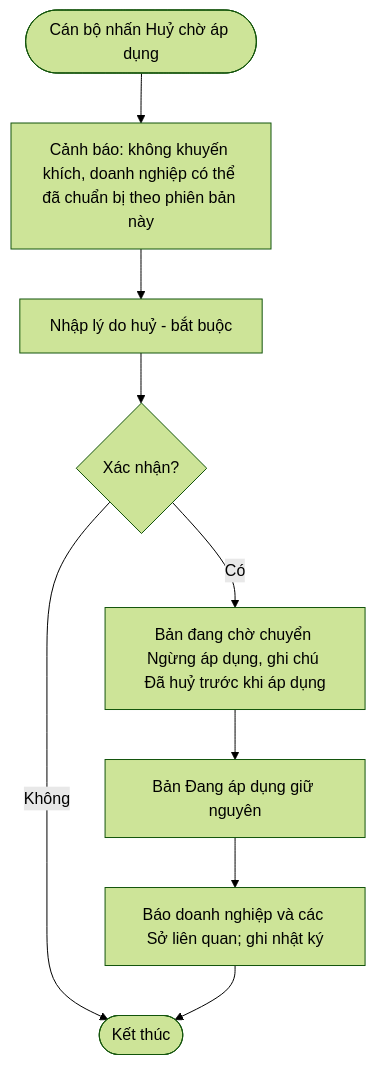
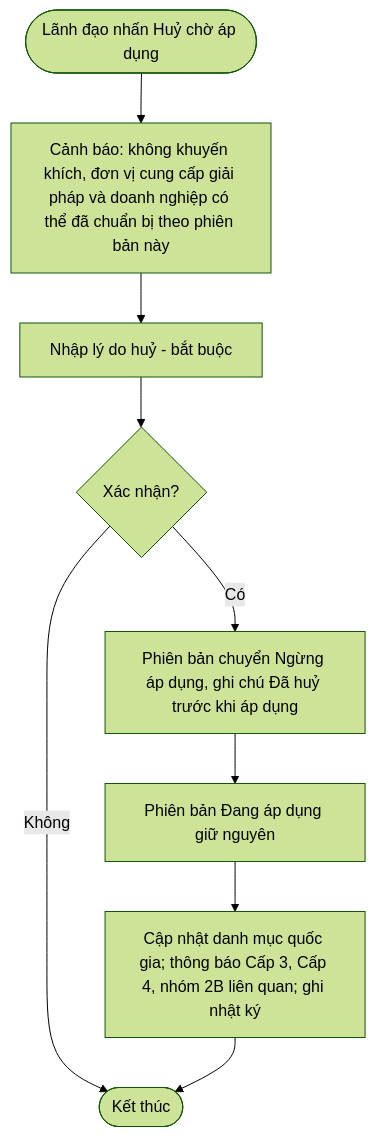
One commit to cuongnh-rd/ndatrace-attp changed diagram 14 of 17 in docs/prd/PRD-Xay-dung-Su-kien-trong-yeu.md. Above: the diagram before and after it, drawn with Mermaid (forest theme). The commit also changed other lines of this file and 18 other files, not shown here.

````diff
--- a/docs/prd/PRD-Xay-dung-Su-kien-trong-yeu.md
+++ b/docs/prd/PRD-Xay-dung-Su-kien-trong-yeu.md
@@ -521,10 +964,10 @@
 ```mermaid
 flowchart TD
-    A([Cán bộ nhấn Huỷ chờ áp dụng]) --> B[Cảnh báo: không khuyến khích, doanh nghiệp có thể đã chuẩn bị theo phiên bản này]
+    A([Lãnh đạo nhấn Huỷ chờ áp dụng]) --> B[Cảnh báo: không khuyến khích, đơn vị cung cấp giải pháp và doanh nghiệp có thể đã chuẩn bị theo phiên bản này]
     B --> C[Nhập lý do huỷ - bắt buộc]
     C --> D{Xác nhận?}
     D -- Không --> Z([Kết thúc])
-    D -- Có --> E[Bản đang chờ chuyển Ngừng áp dụng, ghi chú Đã huỷ trước khi áp dụng]
-    E --> F[Bản Đang áp dụng giữ nguyên]
-    F --> G[Báo doanh nghiệp và các Sở liên quan; ghi nhật ký] --> Z
+    D -- Có --> E[Phiên bản chuyển Ngừng áp dụng, ghi chú Đã huỷ trước khi áp dụng]
+    E --> F[Phiên bản Đang áp dụng giữ nguyên]
+    F --> G[Cập nhật danh mục quốc gia; thông báo Cấp 3, Cấp 4, nhóm 2B liên quan; ghi nhật ký] --> Z
 ```
````
